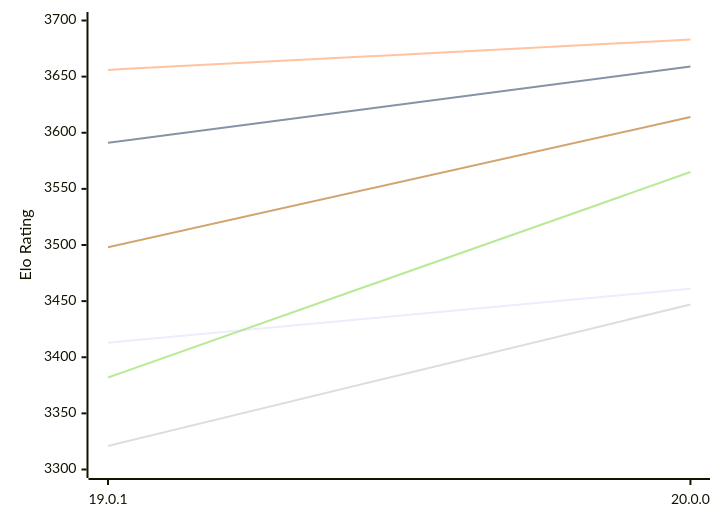
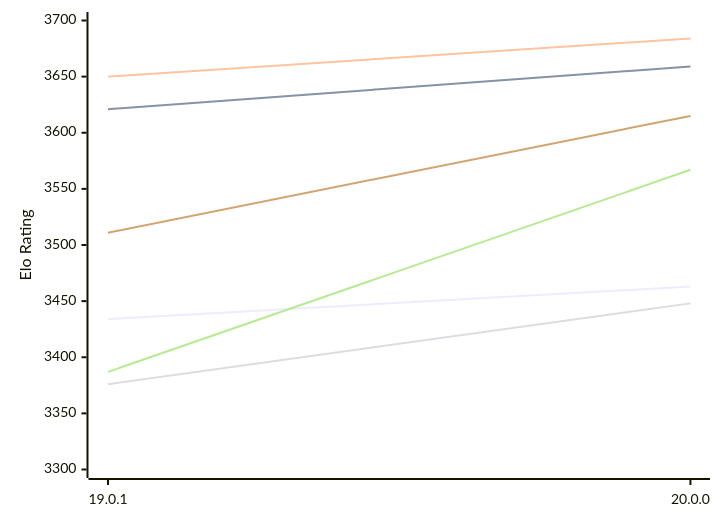
Before and after one commit to computer-chess-index/cci: the first of 2 diagrams in engines/Viridithas.md, drawn with Mermaid. The commit also changed other lines of this file, not shown here.

Commit message:
Update CCI Ratings (ELO VLTC) - 2026-11-17

````diff
--- a/engines/Viridithas.md
+++ b/engines/Viridithas.md
@@ -58,12 +58,12 @@
 ```mermaid
 %%{init: {"theme":"base","themeVariables":{"seriesColors:['#a3a3a3','#222221','#faa371']}}}%%
 xychart-beta
   x-axis ["19.0.1", "20.0.0"]
   y-axis "Elo Rating" 3300 --> 3700
-  line "E1: STC (8.0+0.08s)" [3413, 3461]
-  line "E1: LTC (60.0+0.60s)" [3591, 3659]
-  line "E1: VLTC (2m24s+1.12s)" [3656, 3683]
-  line "P1: STC (8.0+0.08s)" [3321, 3447]
-  line "P1: LTC (60.0+0.60s)" [3382, 3565]
-  line "P1: VLTC (2m24s+1.12s)" [3498, 3614]
+  line "E1: STC (8.0+0.08s)" [3434, 3463]
+  line "E1: LTC (60.0+0.60s)" [3621, 3659]
+  line "E1: VLTC (2m24s+1.12s)" [3650, 3684]
+  line "P1: STC (8.0+0.08s)" [3376, 3448]
+  line "P1: LTC (60.0+0.60s)" [3387, 3567]
+  line "P1: VLTC (2m24s+1.12s)" [3511, 3615]
 ```
````
